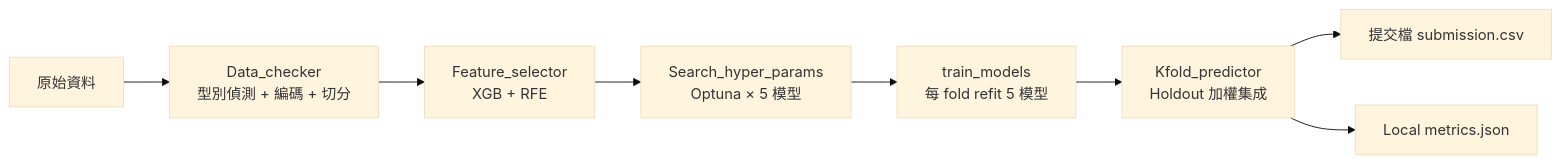
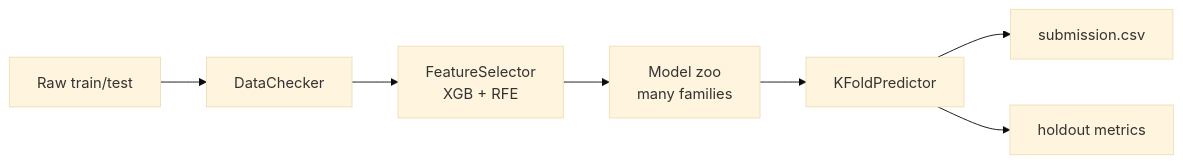
One commit to ricky5932TW/IMBD_helper changed the diagram in README.md. Above: the diagram before and after it, drawn with Mermaid (base theme). The commit also changed other lines of this file and 7 other files, not shown here.

````diff
--- a/README.md
+++ b/README.md
@@ -63,10 +57,9 @@
 ```mermaid
 flowchart LR
-    A[原始資料] --> B[Data_checker<br>型別偵測 + 編碼 + 切分]
-    B --> C[Feature_selector<br>XGB + RFE]
-    C --> D[Search_hyper_params<br>Optuna × 5 模型]
-    D --> E[train_models<br>每 fold refit 5 模型]
-    E --> F[Kfold_predictor<br>Holdout 加權集成]
-    F --> G[提交檔 submission.csv]
-    F --> H[Local metrics.json]
+    A[Raw train/test] --> B[DataChecker]
+    B --> C[FeatureSelector<br>XGB + RFE]
+    C --> D[Model zoo<br>many families]
+    D --> E[KFoldPredictor]
+    E --> F[submission.csv]
+    E --> G[holdout metrics]
 ```
````
